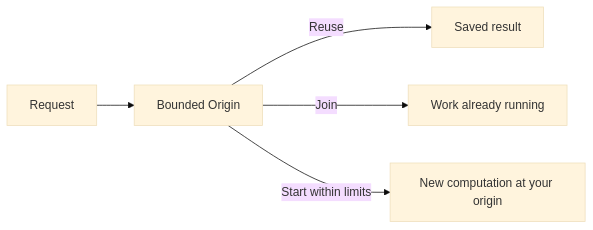
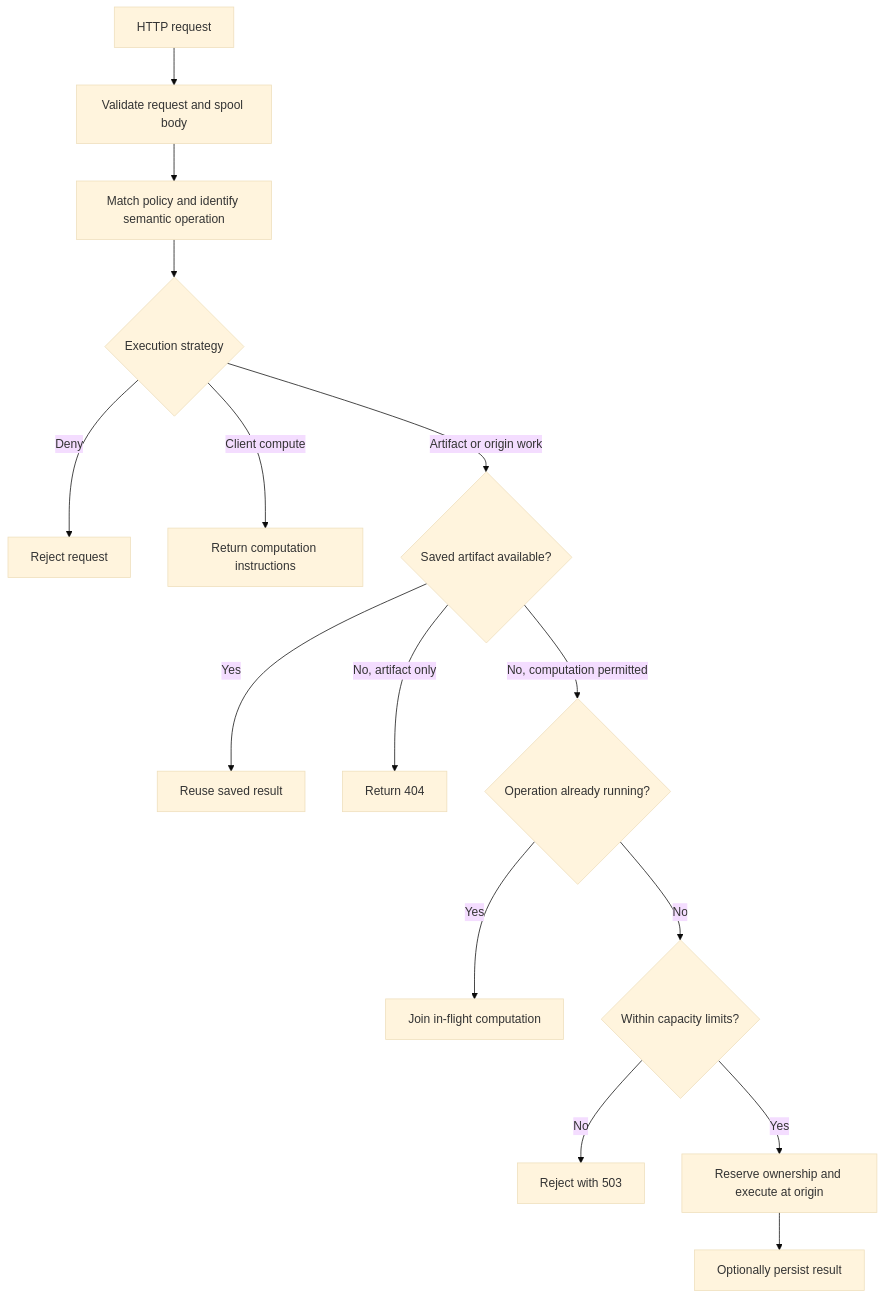
Before and after one commit to aalsanie/bounded-origin: the diagram in README.md, drawn with Mermaid (base theme).

Commit message:
update the diagram

````diff
--- a/README.md
+++ b/README.md
@@ -12,7 +12,22 @@
 ```mermaid
-flowchart LR
-    R[Request] --> B[Bounded Origin]
-    B -->|Reuse| S[Saved result]
-    B -->|Join| W[Work already running]
-    B -->|Start within limits| O[New computation at your origin]
+flowchart TD
+    R[HTTP request] --> V[Validate request and spool body]
+    V --> P[Match policy and identify semantic operation]
+    P --> D{Execution strategy}
+
+    D -->|Deny| X[Reject request]
+    D -->|Client compute| C[Return computation instructions]
+    D -->|Artifact or origin work| A{Saved artifact available?}
+
+    A -->|Yes| S[Reuse saved result]
+    A -->|No, artifact only| N[Return 404]
+    A -->|No, computation permitted| F{Operation already running?}
+
+    F -->|Yes| J[Join in-flight computation]
+    F -->|No| B{Within capacity limits?}
+
+    B -->|No| L[Reject with 503]
+    B -->|Yes| O[Reserve ownership and execute at origin]
+
+    O --> M[Optionally persist result]
 ```
````
